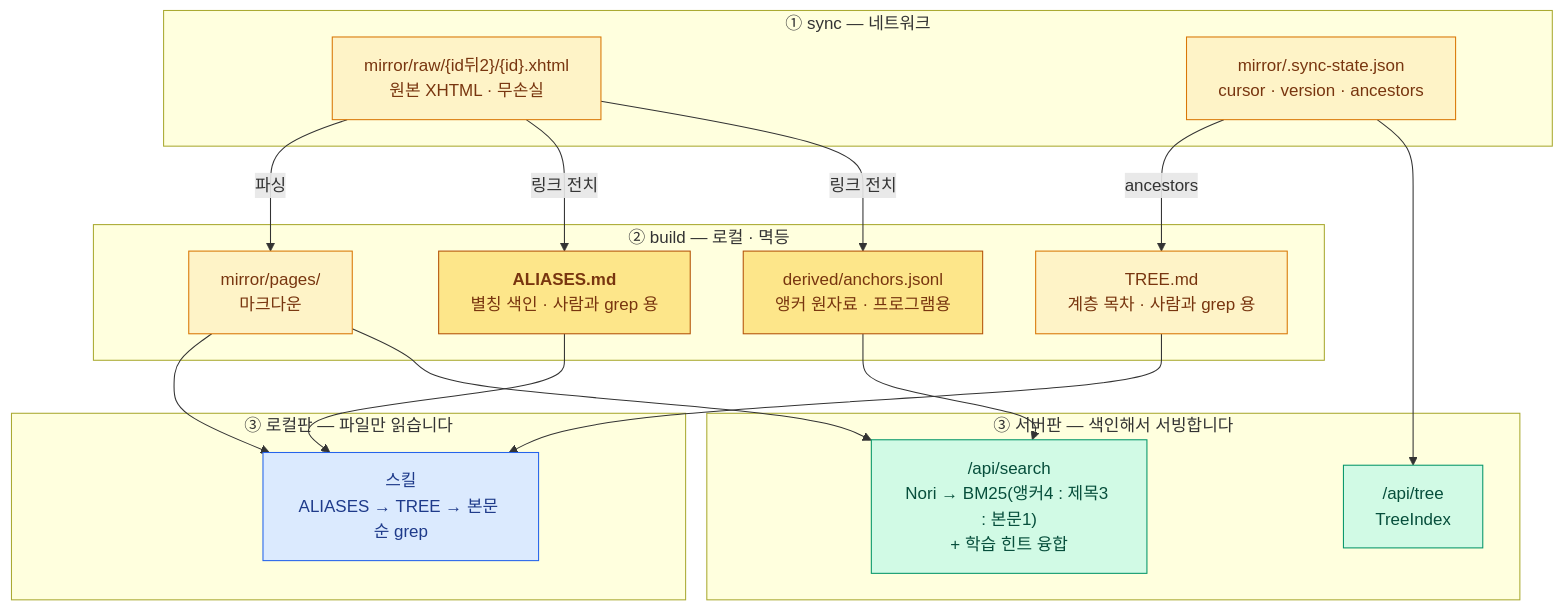
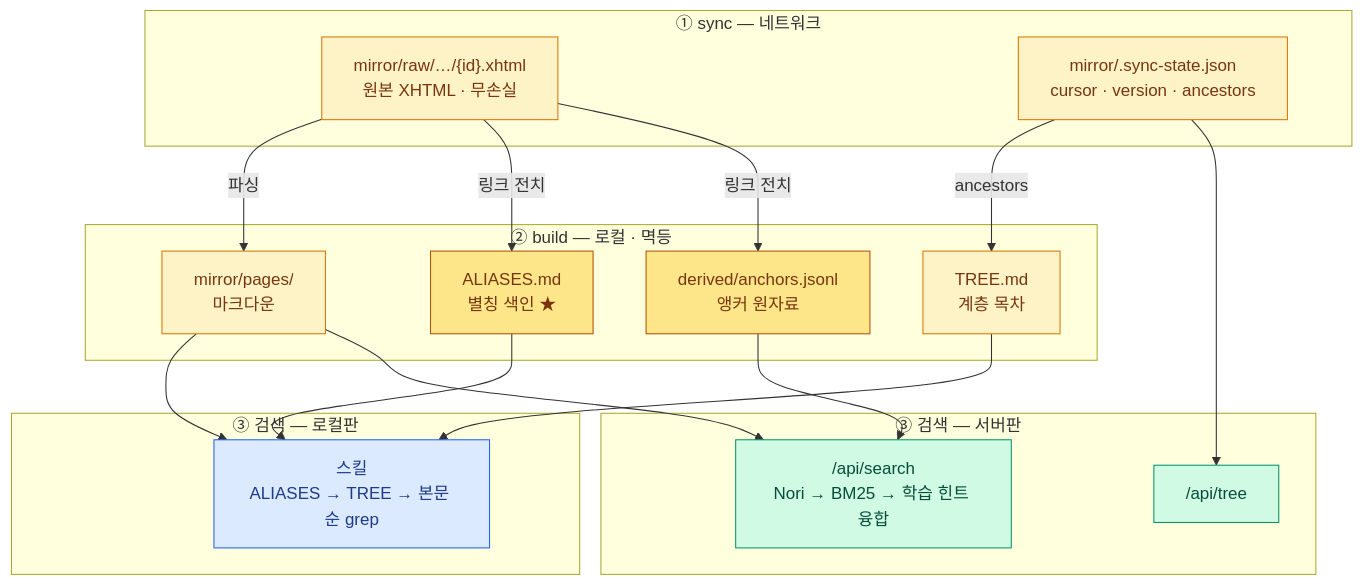
The second of 2 diagrams in README.md (mukansei/wikilens), drawn with Mermaid before and after one commit. The commit also changed other lines of this file, not shown here.

````diff
--- a/README.md
+++ b/README.md
@@ -96,45 +97,45 @@
 ```mermaid
 flowchart TB
     subgraph S1["① sync — 네트워크"]
-        RAW["mirror/raw/{id뒤2}/{id}.xhtml<br/>원본 XHTML · 무손실"]
+        RAW["mirror/raw/…/{id}.xhtml<br/>원본 XHTML · 무손실"]
         STATE["mirror/.sync-state.json<br/>cursor · version · ancestors"]
     end
 
     subgraph S2["② build — 로컬 · 멱등"]
         PAGES["mirror/pages/<br/>마크다운"]
-        ALIAS["<b>ALIASES.md</b><br/>별칭 색인 · 사람과 grep 용"]
-        TREE["TREE.md<br/>계층 목차 · 사람과 grep 용"]
-        ANCH["derived/anchors.jsonl<br/>앵커 원자료 · 프로그램용"]
+        ALIAS["ALIASES.md<br/>별칭 색인 ★"]
+        TREE["TREE.md<br/>계층 목차"]
+        ANCH["derived/anchors.jsonl<br/>앵커 원자료"]
     end
 
-    subgraph S3L["③ 로컬판 — 파일만 읽습니다"]
+    subgraph S3L["③ 검색 — 로컬판"]
         LQ["스킬<br/>ALIASES → TREE → 본문 순 grep"]
     end
 
-    subgraph S3S["③ 서버판 — 색인해서 서빙합니다"]
-        SQ["/api/search<br/>Nori → BM25(앵커4 : 제목3 : 본문1)<br/>+ 학습 힌트 융합"]
-        ST["/api/tree<br/>TreeIndex"]
+    subgraph S3S["③ 검색 — 서버판"]
+        SQ["/api/search<br/>Nori → BM25 → 학습 힌트 융합"]
+        ST["/api/tree"]
     end
 
     RAW -->|파싱| PAGES
     RAW -->|링크 전치| ALIAS
     RAW -->|링크 전치| ANCH
     STATE -->|ancestors| TREE
 
     ALIAS --> LQ
     TREE --> LQ
     PAGES --> LQ
 
     ANCH --> SQ
     PAGES --> SQ
     STATE --> ST
 
     classDef st fill:#fef3c7,stroke:#d97706,color:#78350f
     classDef key fill:#fde68a,stroke:#b45309,color:#78350f
     classDef py fill:#dbeafe,stroke:#2563eb,color:#1e3a8a
     classDef kt fill:#d1fae5,stroke:#059669,color:#064e3b
     class RAW,STATE,PAGES,TREE st
     class ALIAS,ANCH key
     class LQ py
     class SQ,ST kt
 ```
````
